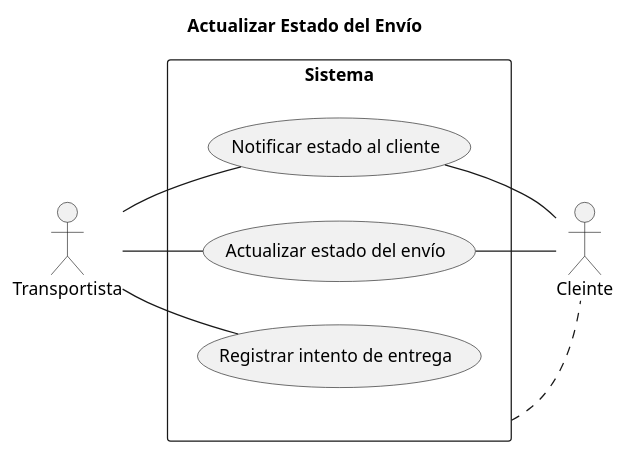
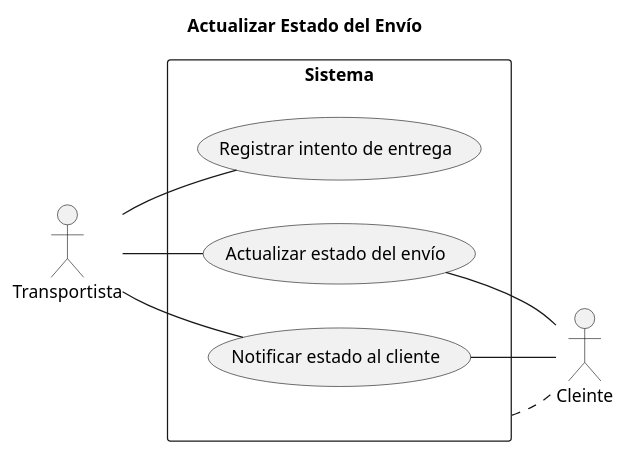
The diagram in 4-otro/d_caso3.plantuml (Andreskub/sistemas-informacion), drawn with PlantUML before and after one commit. The commit also changed 4 other files, not shown here.

Commit message:
final diagrams

```diff
--- a/4-otro/d_caso3.plantuml
+++ b/4-otro/d_caso3.plantuml
@@ -1,27 +1,26 @@
 @startuml Diagrama Caso Uso 3
 
 title Actualizar Estado del Envío
 
 left to right direction
 skinparam packageStyle rectangle
 
 actor Transportista as t
 actor Cleinte as c
 
 rectangle Sistema {
   usecase "Registrar intento de entrega" as UC1
   usecase "Actualizar estado del envío" as UC2
   usecase "Notificar estado al cliente" as UC3
 }
 
 Sistema .. c
 
-t -- UC1
+t -right- UC1
+c -left- UC2
+t -- UC2
 
 t -- UC3
 c -left- UC3
 
-c -left- UC2
-t -- UC2
-
 @enduml
```
